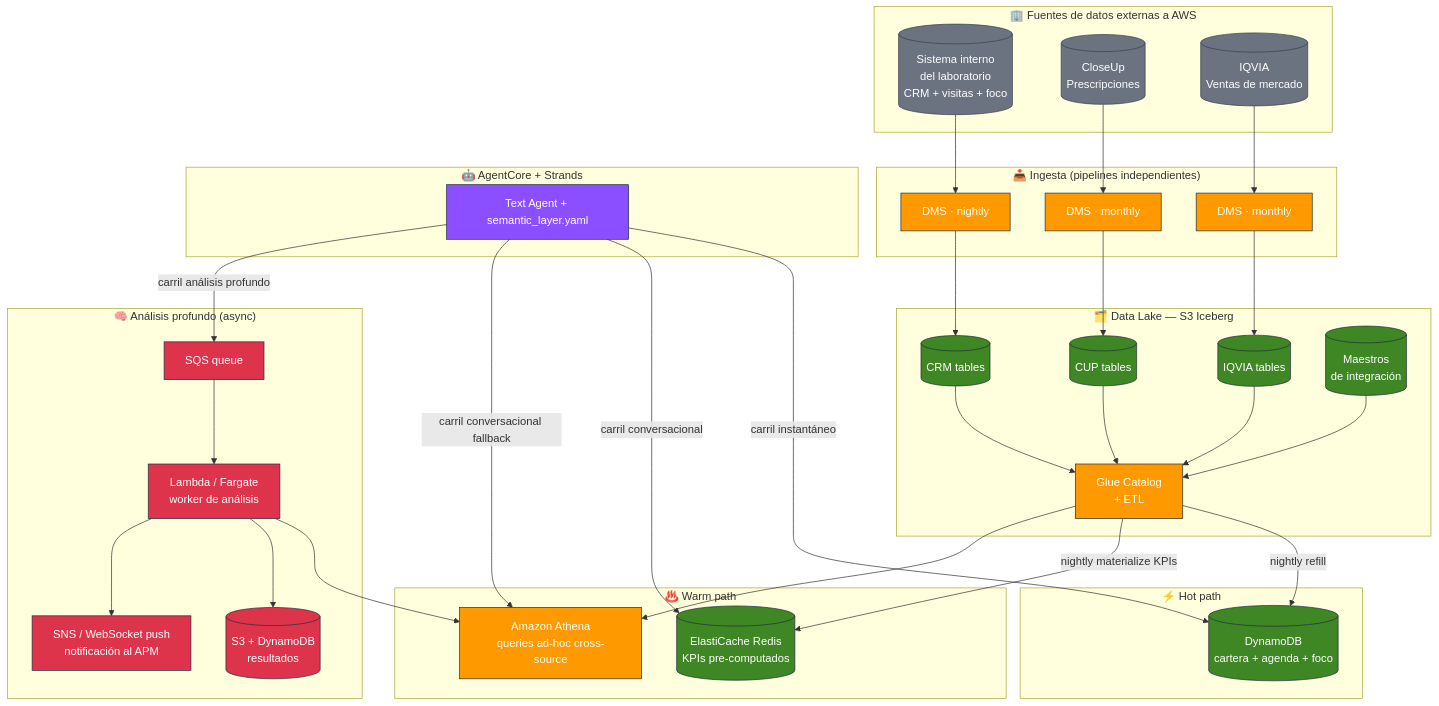
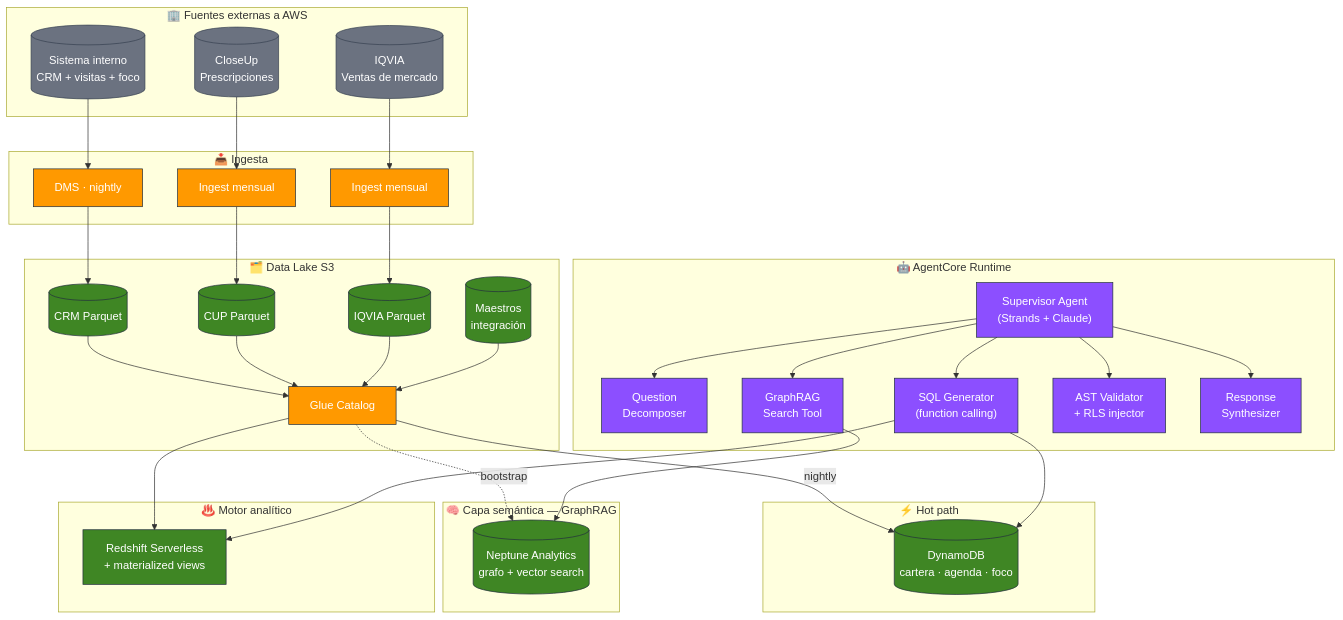
The diagram in docs/road-to-prod.md (hmancinifranco/pharmassist), drawn with Mermaid before and after one commit. The commit also changed other lines of this file and 1 other file, not shown here.

````diff
--- a/docs/road-to-prod.md
+++ b/docs/road-to-prod.md
@@ -227,76 +352,76 @@
 ```mermaid
 flowchart TB
-    subgraph Ext["🏢 Fuentes de datos externas a AWS"]
-        CRMINT[("Sistema interno<br/>del laboratorio<br/>CRM + visitas + foco")]
+    subgraph Ext["🏢 Fuentes externas a AWS"]
+        CRMINT[("Sistema interno<br/>CRM + visitas + foco")]
         CUP[("CloseUp<br/>Prescripciones")]
         IQVIA[("IQVIA<br/>Ventas de mercado")]
     end
 
-    subgraph Ingest["📥 Ingesta (pipelines independientes)"]
+    subgraph Ingest["📥 Ingesta"]
         DMS1["DMS · nightly"]
-        DMS2["DMS · monthly"]
-        DMS3["DMS · monthly"]
+        ING2["Ingest mensual"]
+        ING3["Ingest mensual"]
     end
 
-    subgraph Lake["🗂️ Data Lake — S3 Iceberg"]
-        S3CRM[("CRM tables")]
-        S3CUP[("CUP tables")]
-        S3IQV[("IQVIA tables")]
-        MAESTROS[("Maestros<br/>de integración")]
-        GLUE["Glue Catalog<br/>+ ETL"]
+    subgraph Lake["🗂️ Data Lake S3"]
+        S3CRM[("CRM Parquet")]
+        S3CUP[("CUP Parquet")]
+        S3IQV[("IQVIA Parquet")]
+        MAESTROS[("Maestros<br/>integración")]
+        GLUE["Glue Catalog"]
     end
 
     subgraph Hot["⚡ Hot path"]
-        DDB[("DynamoDB<br/>cartera + agenda + foco")]
+        DDB[("DynamoDB<br/>cartera · agenda · foco")]
     end
 
-    subgraph Warm["♨️ Warm path"]
-        REDIS[("ElastiCache Redis<br/>KPIs pre-computados")]
-        ATHENA["Amazon Athena<br/>queries ad-hoc cross-source"]
+    subgraph Semantic["🧠 Capa semántica — GraphRAG"]
+        NEPTUNE[("Neptune Analytics<br/>grafo + vector search")]
     end
 
-    subgraph Async["🧠 Análisis profundo (async)"]
-        SQS["SQS queue"]
-        WORKER["Lambda / Fargate<br/>worker de análisis"]
-        STORE[("S3 + DynamoDB<br/>resultados")]
-        SNS["SNS / WebSocket push<br/>notificación al APM"]
+    subgraph Warm["♨️ Motor analítico"]
+        RS["Redshift Serverless<br/>+ materialized views"]
     end
 
-    subgraph Agent["🤖 AgentCore + Strands"]
-        AGT["Text Agent + semantic_layer.yaml"]
+    subgraph Agent["🤖 AgentCore Runtime"]
+        SUPER["Supervisor Agent<br/>(Strands + Claude)"]
+        DECOMP["Question<br/>Decomposer"]
+        GRAPHRAG["GraphRAG<br/>Search Tool"]
+        SQLGEN["SQL Generator<br/>(function calling)"]
+        VALID["AST Validator<br/>+ RLS injector"]
+        SYNTH["Response<br/>Synthesizer"]
     end
 
     CRMINT --> DMS1 --> S3CRM
-    CUP --> DMS2 --> S3CUP
-    IQVIA --> DMS3 --> S3IQV
+    CUP --> ING2 --> S3CUP
+    IQVIA --> ING3 --> S3IQV
 
     S3CRM --> GLUE
     S3CUP --> GLUE
     S3IQV --> GLUE
     MAESTROS --> GLUE
 
-    GLUE -->|nightly refill| DDB
-    GLUE -->|nightly materialize KPIs| REDIS
-    GLUE --> ATHENA
+    GLUE -->|nightly| DDB
+    GLUE --> RS
+    GLUE -.bootstrap.-> NEPTUNE
 
-    AGT -->|carril instantáneo| DDB
-    AGT -->|carril conversacional| REDIS
-    AGT -->|carril conversacional fallback| ATHENA
-    AGT -->|carril análisis profundo| SQS
-    SQS --> WORKER
-    WORKER --> ATHENA
-    WORKER --> STORE
-    WORKER --> SNS
+    SUPER --> DECOMP
+    SUPER --> GRAPHRAG
+    SUPER --> SQLGEN
+    SUPER --> VALID
+    SUPER --> SYNTH
+
+    GRAPHRAG --> NEPTUNE
+    SQLGEN --> RS
+    SQLGEN --> DDB
 
     classDef ext fill:#6B7280,stroke:#374151,color:#fff
     classDef aws fill:#FF9900,stroke:#232F3E,color:#fff
     classDef data fill:#3F8624,stroke:#232F3E,color:#fff
     classDef agent fill:#8C4FFF,stroke:#232F3E,color:#fff
-    classDef async fill:#DD344C,stroke:#232F3E,color:#fff
 
     class CRMINT,CUP,IQVIA ext
-    class DMS1,DMS2,DMS3,ATHENA,GLUE aws
-    class S3CRM,S3CUP,S3IQV,MAESTROS,DDB,REDIS data
-    class AGT agent
-    class SQS,WORKER,STORE,SNS async
+    class DMS1,ING2,ING3,GLUE aws
+    class S3CRM,S3CUP,S3IQV,MAESTROS,DDB,RS,NEPTUNE data
+    class SUPER,DECOMP,GRAPHRAG,SQLGEN,VALID,SYNTH agent
 ```
````
